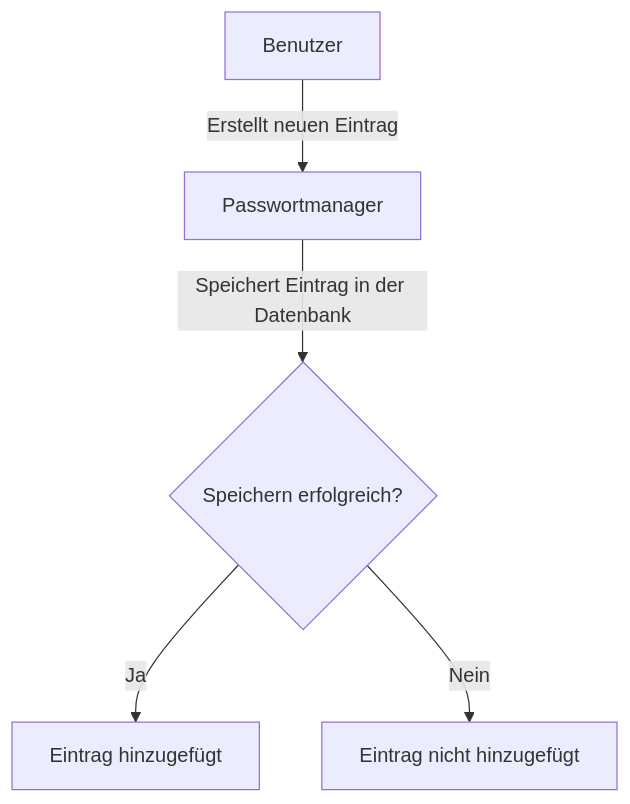
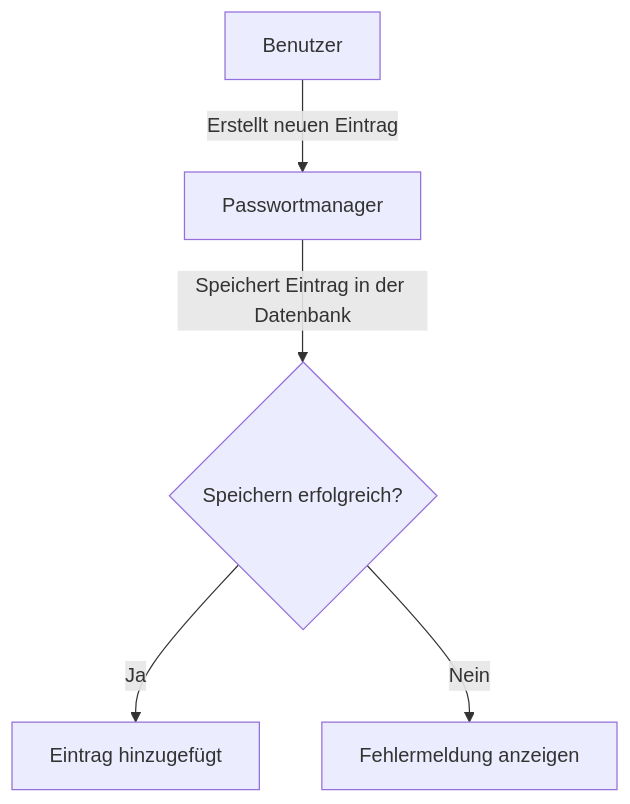
The fifth of 11 diagrams in ReadMe.md (NebelNite/Passwortmanager), drawn with Mermaid before and after one commit. The commit also changed other lines of this file and 11 other files, not shown here.

````diff
--- a/ReadMe.md
+++ b/ReadMe.md
@@ -284,9 +273,9 @@
 ```mermaid
 
 graph TD;
     A[Benutzer] -->|Erstellt neuen Eintrag| B[Passwortmanager]
     B -->|Speichert Eintrag in der Datenbank| C{Speichern erfolgreich?}
     C -- Ja --> D[Eintrag hinzugefügt]
-    C -- Nein --> E[Eintrag nicht hinzugefügt]
+    C -- Nein --> E[Fehlermeldung anzeigen]
     
 ```
````
